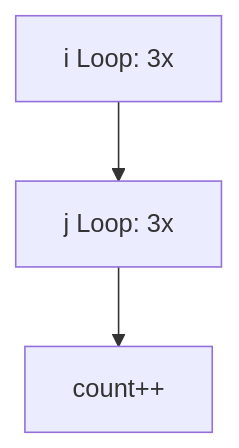
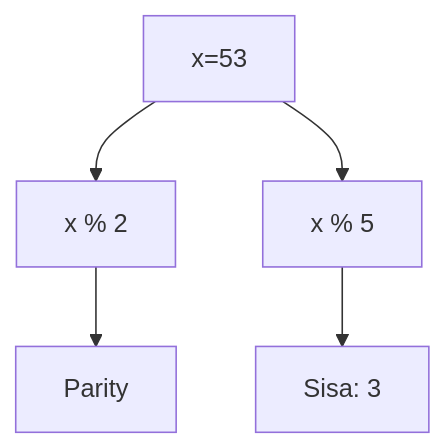
Before and after one commit to amnahwaida/OSNK_INF_PREP: diagram 19 of 25 in part-c-pemahaman-cpp/03-perulangan/latihan/set-12.md, drawn with Mermaid. The commit also changed other lines of this file and 71 other files, not shown here.

````diff
--- a/part-c-pemahaman-cpp/03-perulangan/latihan/set-12.md
+++ b/part-c-pemahaman-cpp/03-perulangan/latihan/set-12.md
@@ -564,5 +571,7 @@
 ```mermaid
 graph TD
-    A[i Loop: 3x] --> B[j Loop: 3x]
-    B --> C[count++]
+A[x=53] --> B[x % 2]
+B --> C[Parity]
+A --> D[x % 5]
+D --> E[Sisa: 3]
 ```
````
